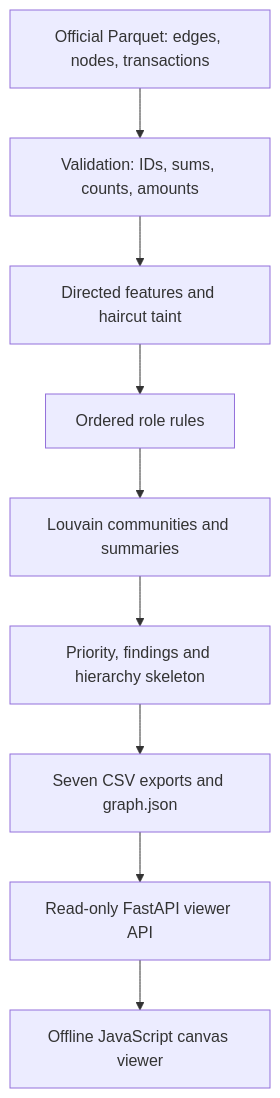
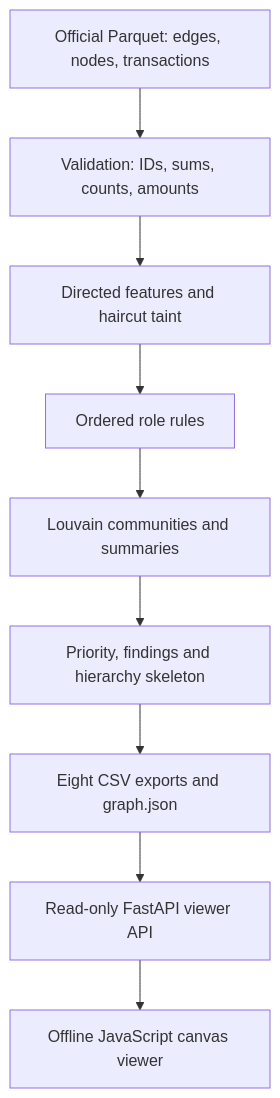
The diagram in README.md (BAITC-Hacks/hack-b6172601-kairos), drawn with Mermaid before and after one commit. The commit also changed other lines of this file and 25 other files, not shown here.

````diff
--- a/README.md
+++ b/README.md
@@ -77,11 +77,11 @@
 ```mermaid
 flowchart TD
   P["Official Parquet: edges, nodes, transactions"] --> V["Validation: IDs, sums, counts, amounts"]
   V --> M["Directed features and haircut taint"]
   M --> R["Ordered role rules"]
   R --> C["Louvain communities and summaries"]
   C --> F["Priority, findings and hierarchy skeleton"]
-  F --> O["Seven CSV exports and graph.json"]
+  F --> O["Eight CSV exports and graph.json"]
   O --> A["Read-only FastAPI viewer API"]
   A --> U["Offline JavaScript canvas viewer"]
 ```
````
